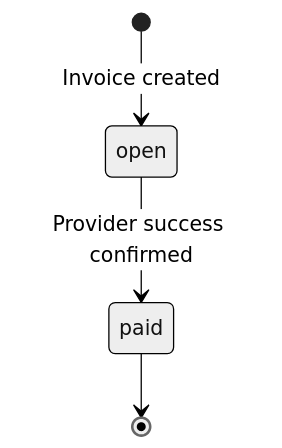
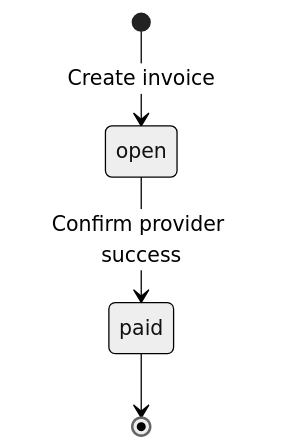
Before and after one commit to cyberphantom52/payment-server: the diagram in DESIGN.md, drawn with Mermaid (neutral theme). The commit also changed other lines of this file and 3 other files, not shown here.

````diff
--- a/DESIGN.md
+++ b/DESIGN.md
@@ -75,6 +51,6 @@
 ```mermaid
 stateDiagram-v2
-    [*] --> open: Invoice created
-    open --> paid: Provider success confirmed
+    [*] --> open: Create invoice
+    open --> paid: Confirm provider success
     paid --> [*]
 ```
````
